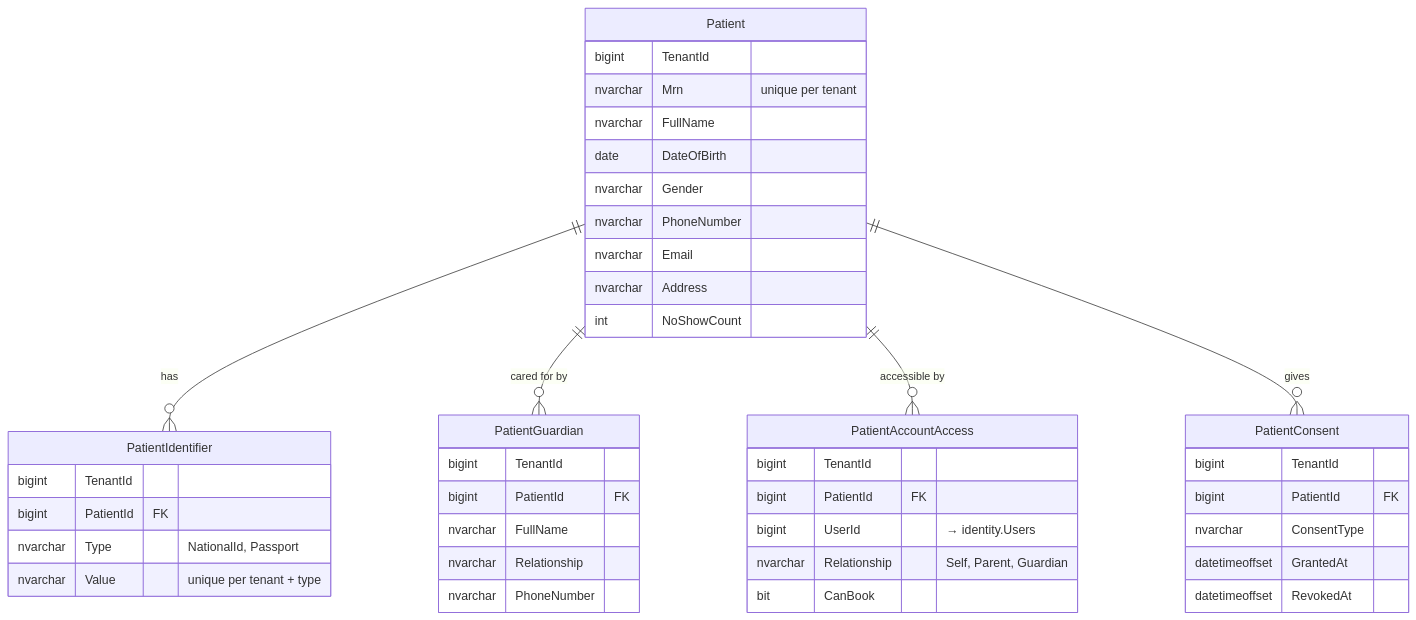
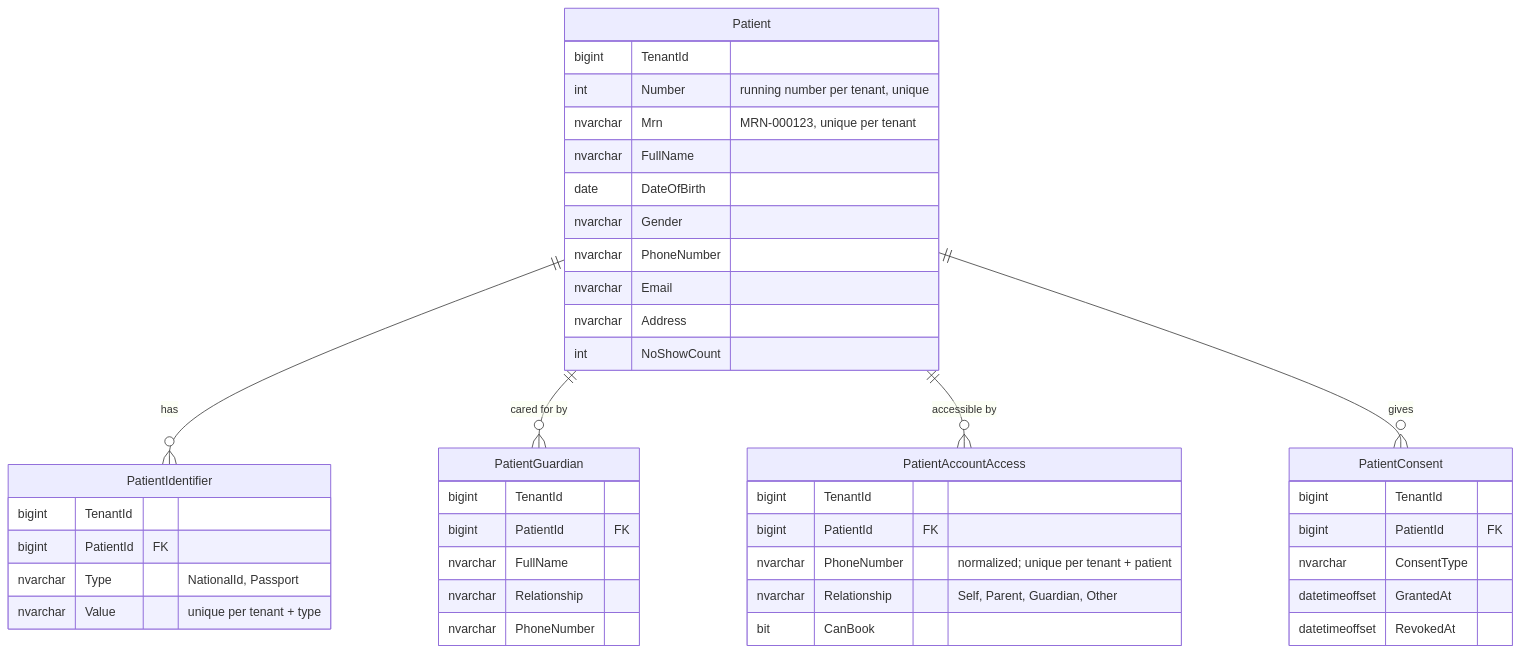
The fourth of 8 diagrams in docs/architecture/database-design.md (mohameabdelsalm/shifa-clinic), drawn with Mermaid before and after one commit. The commit also changed other lines of this file and 62 other files, not shown here.

````diff
--- a/docs/architecture/database-design.md
+++ b/docs/architecture/database-design.md
@@ -212,45 +215,46 @@
 ```mermaid
 erDiagram
   Patient ||--o{ PatientIdentifier : has
   Patient ||--o{ PatientGuardian : "cared for by"
   Patient ||--o{ PatientAccountAccess : "accessible by"
   Patient ||--o{ PatientConsent : gives
   Patient {
     bigint TenantId
-    nvarchar Mrn "unique per tenant"
+    int Number "running number per tenant, unique"
+    nvarchar Mrn "MRN-000123, unique per tenant"
     nvarchar FullName
     date DateOfBirth
     nvarchar Gender
     nvarchar PhoneNumber
     nvarchar Email
     nvarchar Address
     int NoShowCount
   }
   PatientIdentifier {
     bigint TenantId
     bigint PatientId FK
     nvarchar Type "NationalId, Passport"
     nvarchar Value "unique per tenant + type"
   }
   PatientGuardian {
     bigint TenantId
     bigint PatientId FK
     nvarchar FullName
     nvarchar Relationship
     nvarchar PhoneNumber
   }
   PatientAccountAccess {
     bigint TenantId
     bigint PatientId FK
-    bigint UserId "→ identity.Users"
-    nvarchar Relationship "Self, Parent, Guardian"
+    nvarchar PhoneNumber "normalized; unique per tenant + patient"
+    nvarchar Relationship "Self, Parent, Guardian, Other"
     bit CanBook
   }
   PatientConsent {
     bigint TenantId
     bigint PatientId FK
     nvarchar ConsentType
     datetimeoffset GrantedAt
     datetimeoffset RevokedAt
   }
 ```
````
